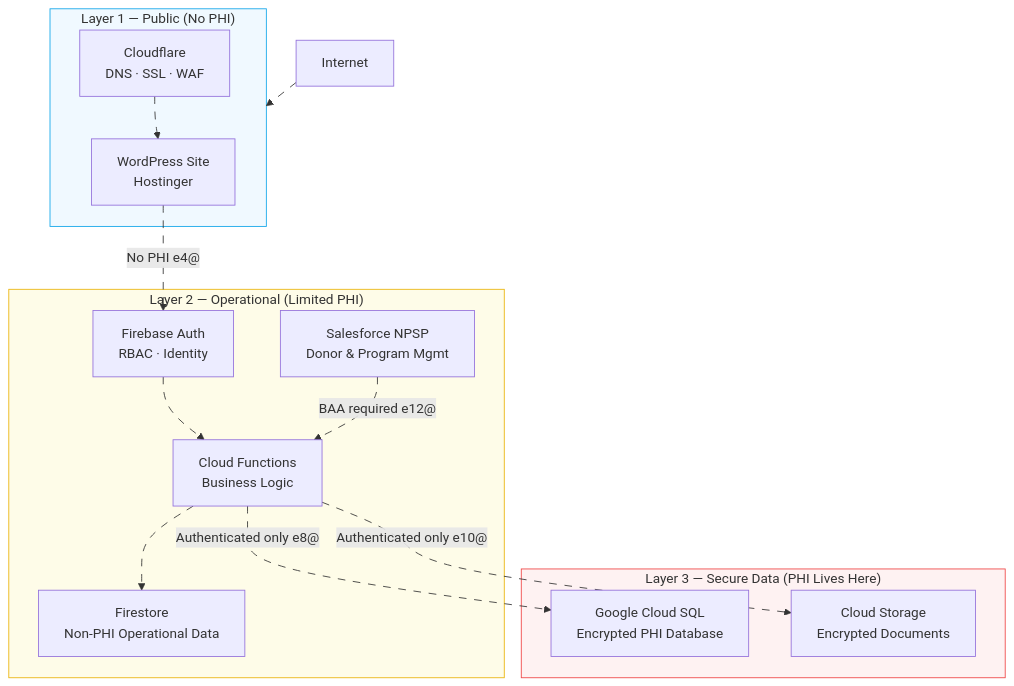
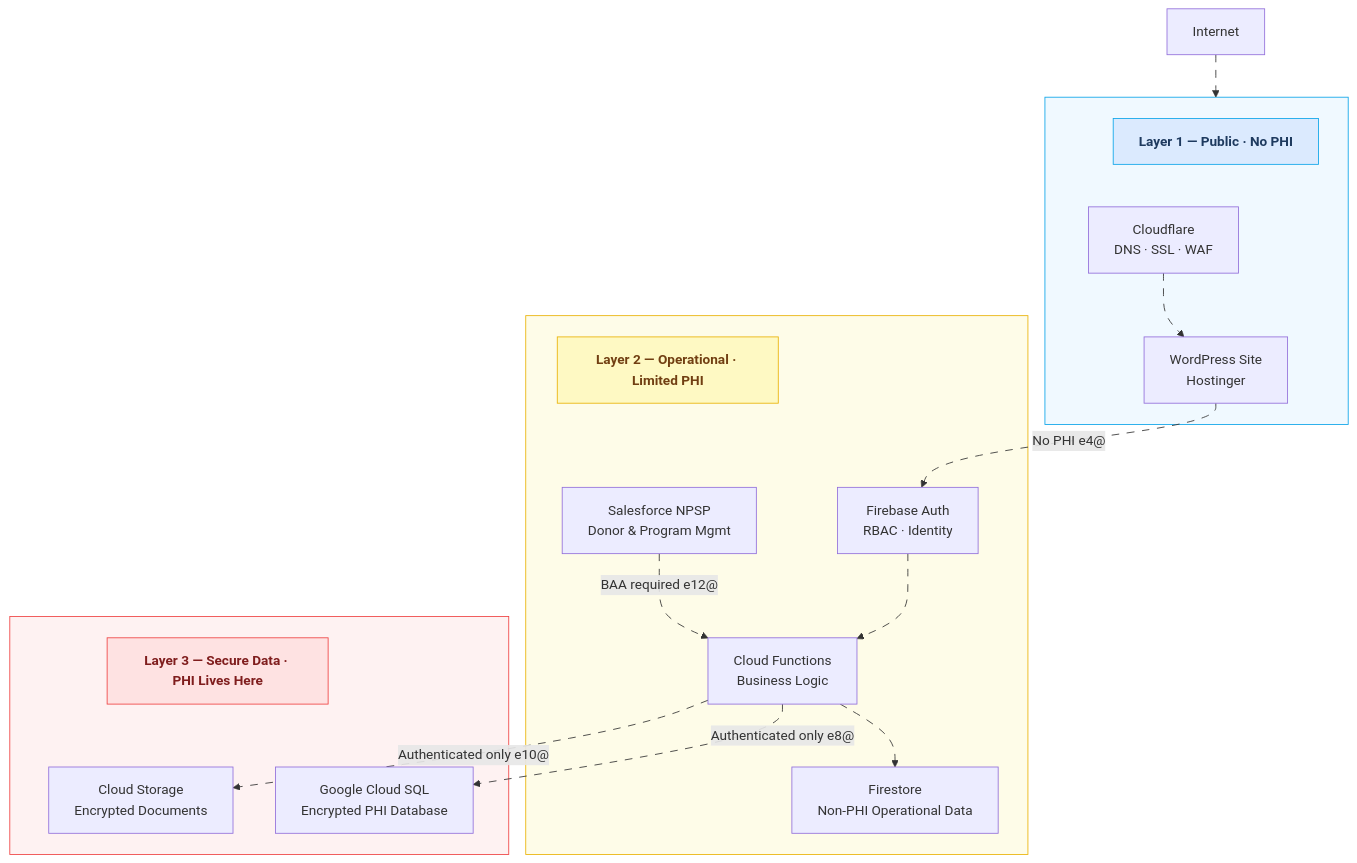
Before and after one commit to DCodeBase-X/hipaa-firebase-gcp: the diagram in README.md, drawn with Mermaid. The commit also changed other lines of this file and 14 other files, not shown here.

````diff
--- a/README.md
+++ b/README.md
@@ -24,47 +24,44 @@
 ```mermaid
 flowchart TD
-    subgraph L1["Layer 1 — Public (No PHI)"]
+    subgraph L1[" "]
+        L1H["Layer 1 — Public · No PHI"]
         WP["WordPress Site\nHostinger"]
         CF["Cloudflare\nDNS · SSL · WAF"]
+        L1H ~~~ WP & CF
     end
 
-    subgraph L2["Layer 2 — Operational (Limited PHI)"]
+    subgraph L2[" "]
+        L2H["Layer 2 — Operational · Limited PHI"]
         FA["Firebase Auth\nRBAC · Identity"]
         FF["Cloud Functions\nBusiness Logic"]
         FS["Firestore\nNon-PHI Operational Data"]
         SF["Salesforce NPSP\nDonor & Program Mgmt"]
+        L2H ~~~ FA & SF
     end
 
-    subgraph L3["Layer 3 — Secure Data (PHI Lives Here)"]
+    subgraph L3[" "]
+        L3H["Layer 3 — Secure Data · PHI Lives Here"]
         SQL["Google Cloud SQL\nEncrypted PHI Database"]
         GCS["Cloud Storage\nEncrypted Documents"]
+        L3H ~~~ SQL & GCS
     end
 
     Internet e1@--> L1
     CF e2@--> WP
     WP e3@-- "No PHI" e4@--> FA
     FA e5@--> FF
     FF e6@--> FS
     FF e7@-- "Authenticated only" e8@--> SQL
     FF e9@-- "Authenticated only" e10@--> GCS
     SF e11@-- "BAA required" e12@--> FF
 
     classDef animate stroke-dasharray: 9,5,stroke-dashoffset: 900,animation: dash 25s linear infinite;
-    class e1 animate
-    class e2 animate
-    class e3 animate
-    class e4 animate
-    class e5 animate
-    class e6 animate
-    class e7 animate
-    class e8 animate
-    class e9 animate
-    class e10 animate
-    class e11 animate
-    class e12 animate
-    
+    class e1,e2,e3,e4,e5,e6,e7,e8,e9,e10,e11,e12 animate
 
+    style L1H fill:#dbeafe,stroke:#0ea5e9,color:#1e3a5f,font-weight:bold
+    style L2H fill:#fef9c3,stroke:#eab308,color:#713f12,font-weight:bold
+    style L3H fill:#fee2e2,stroke:#ef4444,color:#7f1d1d,font-weight:bold
     style L1 fill:#f0f9ff,stroke:#0ea5e9
     style L2 fill:#fefce8,stroke:#eab308
     style L3 fill:#fef2f2,stroke:#ef4444
 ```
````
